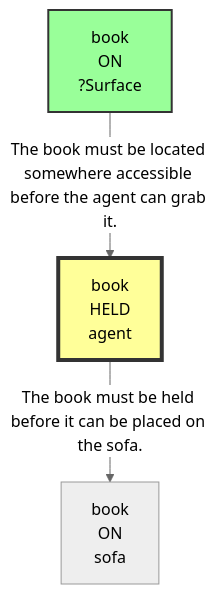
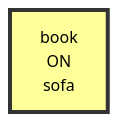
Before and after one commit to scuama/virtualhome: the fourth of 13 diagrams in evaluation/results/table2/robostate/non_stationarity/low/E_DYN_G01_S3_low/run_E_DYN_G01_S3_low.md, drawn with Mermaid (neutral theme). The commit also changed other lines of this file and 108 other files, not shown here.

````diff
--- a/evaluation/results/table2/robostate/non_stationarity/low/E_DYN_G01_S3_low/run_E_DYN_G01_S3_low.md
+++ b/evaluation/results/table2/robostate/non_stationarity/low/E_DYN_G01_S3_low/run_E_DYN_G01_S3_low.md
@@ -236,10 +217,5 @@
 ```mermaid
 graph TD
     N1["book<br>ON<br>sofa"]
-    N2["book<br>HELD<br>agent"]
-    style N2 fill:#ff9,stroke:#333,stroke-width:4px
-    N3["book<br>ON<br>?Surface"]
-    style N3 fill:#9f9,stroke:#333,stroke-width:2px
-    N2 -->|"The book must be held before it can be placed on the sofa."| N1
-    N3 -->|"The book must be located somewhere accessible before the agent can grab it."| N2
+    style N1 fill:#ff9,stroke:#333,stroke-width:4px
 ```
````
